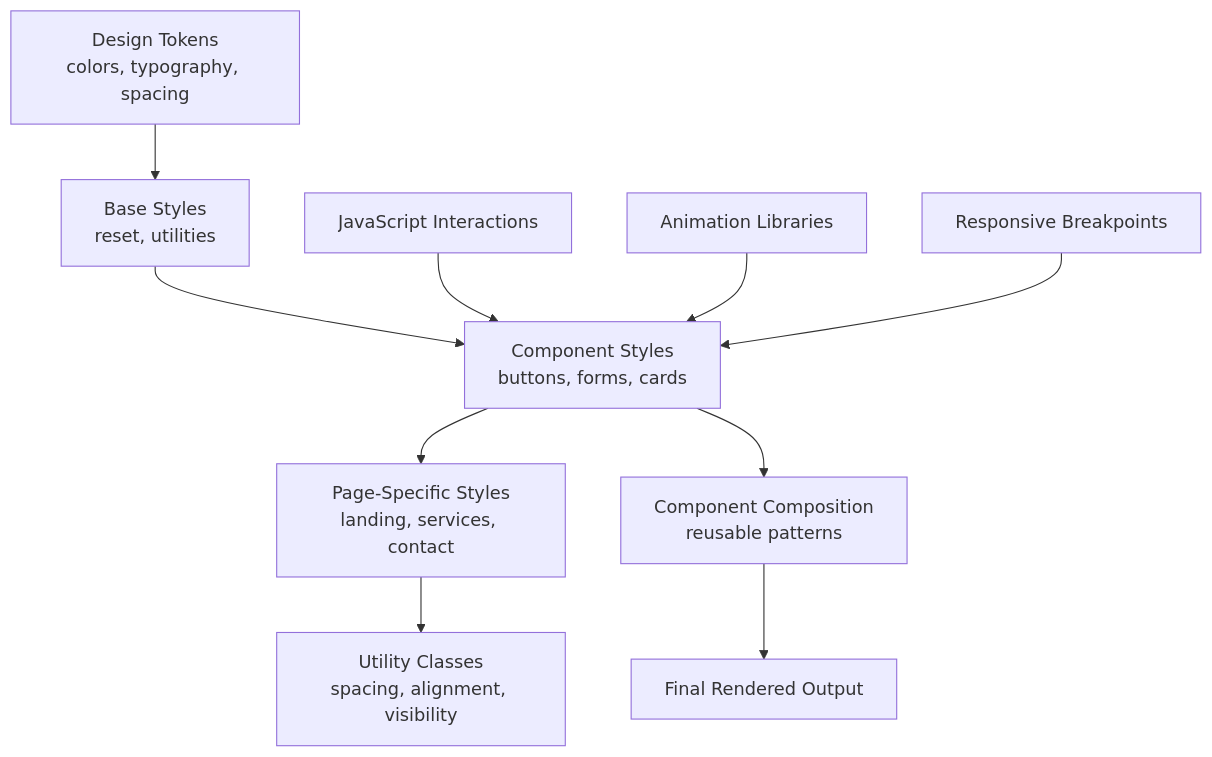
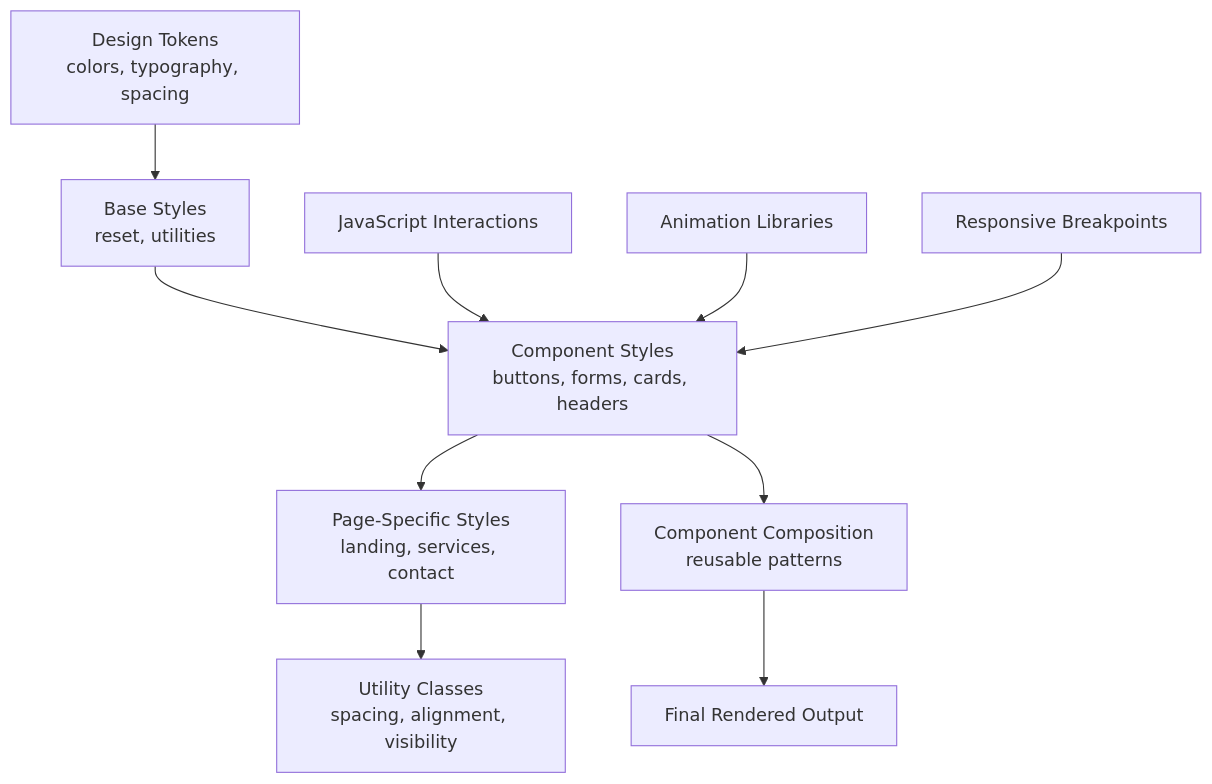
The second of 10 diagrams in .qoder/repowiki/en/content/Styling and Design System/Component Styling Patterns/Component Styling Patterns.md (Theja4/podiummomentum), drawn with Mermaid before and after one commit. The commit also changed other lines of this file and 24 other files, not shown here.

````diff
--- a/.qoder/repowiki/en/content/Styling and Design System/Component Styling Patterns/Component Styling Patterns.md
+++ b/.qoder/repowiki/en/content/Styling and Design System/Component Styling Patterns/Component Styling Patterns.md
@@ -206,12 +237,12 @@
 ```mermaid
 flowchart TD
 A["Design Tokens<br/>colors, typography, spacing"] --> B["Base Styles<br/>reset, utilities"]
-B --> C["Component Styles<br/>buttons, forms, cards"]
+B --> C["Component Styles<br/>buttons, forms, cards, headers"]
 C --> D["Page-Specific Styles<br/>landing, services, contact"]
 D --> E["Utility Classes<br/>spacing, alignment, visibility"]
 F["JavaScript Interactions"] --> C
 G["Animation Libraries"] --> C
 H["Responsive Breakpoints"] --> C
 C --> I["Component Composition<br/>reusable patterns"]
 I --> J["Final Rendered Output"]
 ```
````
